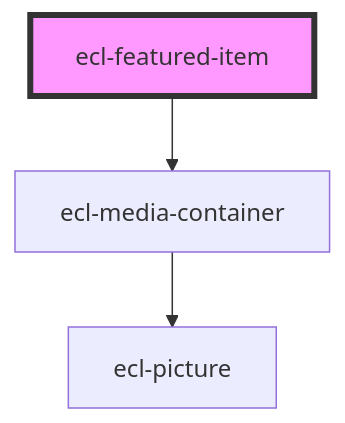
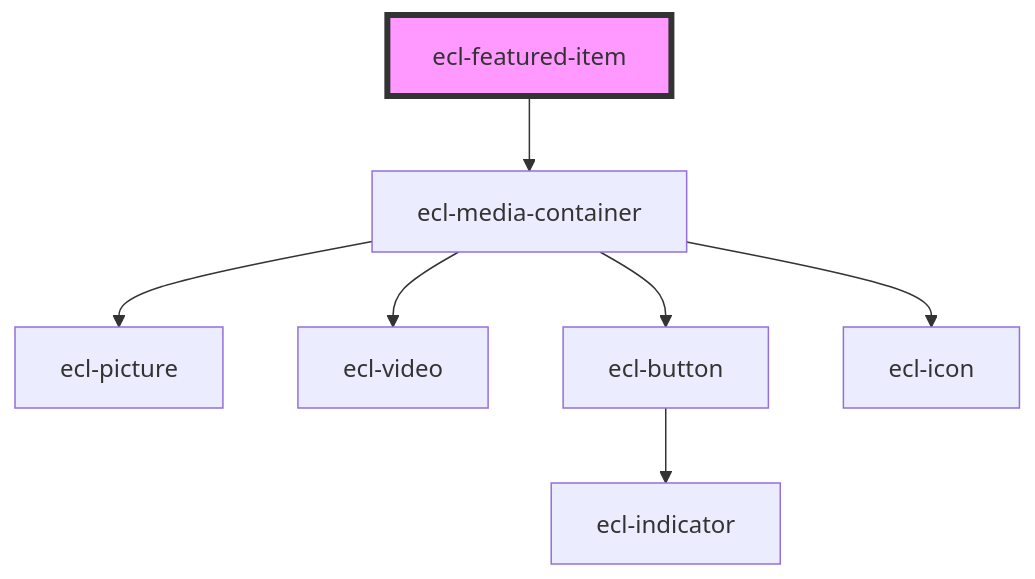
Before and after one commit to ec-europa/ecl-webcomponents: the diagram in src/components/ecl-featured-item/readme.md, drawn with Mermaid. The commit also changed 26 other files, not shown here.

Commit message:
feat(media-container): Updating component to v5 - FRONT-4986

````diff
--- a/src/components/ecl-featured-item/readme.md
+++ b/src/components/ecl-featured-item/readme.md
@@ -30,6 +30,10 @@
 ```mermaid
 graph TD;
   ecl-featured-item --> ecl-media-container
   ecl-media-container --> ecl-picture
+  ecl-media-container --> ecl-video
+  ecl-media-container --> ecl-button
+  ecl-media-container --> ecl-icon
+  ecl-button --> ecl-indicator
   style ecl-featured-item fill:#f9f,stroke:#333,stroke-width:4px
 ```
````
